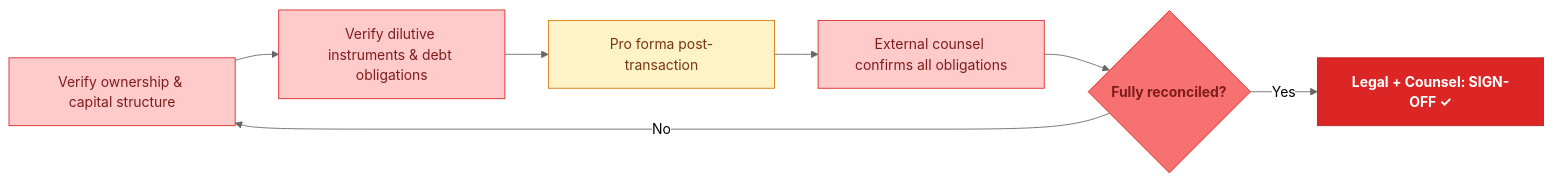
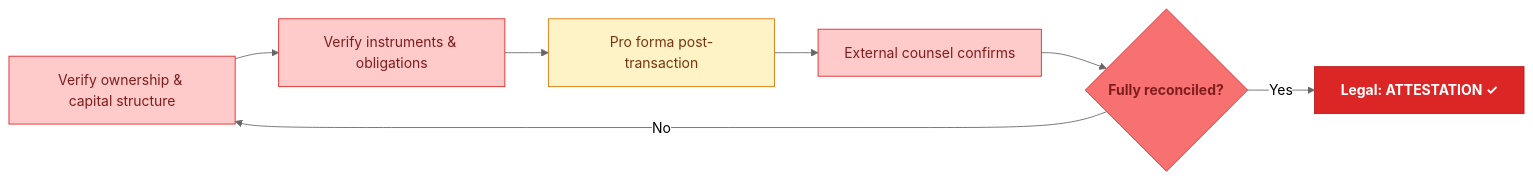
The tenth of 17 diagrams in README.md (mrchanpark/IC-Memo-Flow-Chart-V2), drawn with Mermaid (neutral theme) before and after one commit. The commit also changed other lines of this file and 2 other files, not shown here.

````diff
--- a/README.md
+++ b/README.md
@@ -257,13 +274,13 @@
 ```mermaid
 flowchart LR
-  A["Verify ownership & capital structure"]:::red --> B["Verify dilutive instruments & debt obligations"]:::red
+  A["Verify ownership & capital structure"]:::red --> B["Verify instruments & obligations"]:::red
   B --> C["Pro forma post-transaction"]:::yel
-  C --> D["External counsel confirms all obligations"]:::red
+  C --> D["External counsel confirms"]:::red
   D --> E{"Fully reconciled?"}:::redD
   E -- No --> A
-  E -- Yes --> F["Legal + Counsel: SIGN-OFF ✓"]:::redM
+  E -- Yes --> F["Legal: ATTESTATION ✓"]:::redM
   classDef red fill:#fecaca,stroke:#dc2626,color:#7f1d1d
   classDef yel fill:#fef3c7,stroke:#d97706,color:#78350f
   classDef redD fill:#f87171,stroke:#dc2626,color:#7f1d1d,font-weight:700
   classDef redM fill:#dc2626,stroke:#b91c1c,color:#fff,font-weight:700
 ```
````
